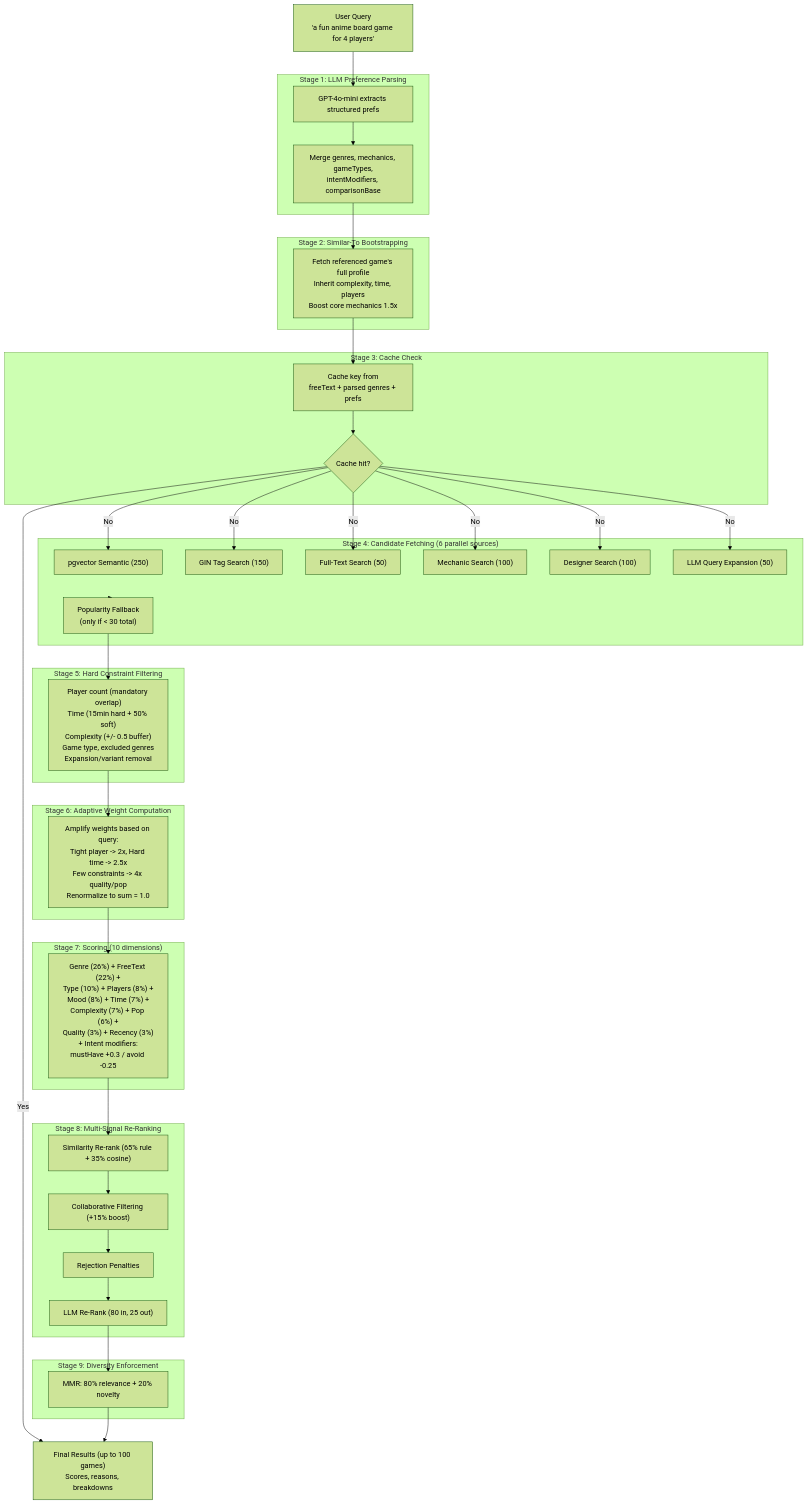
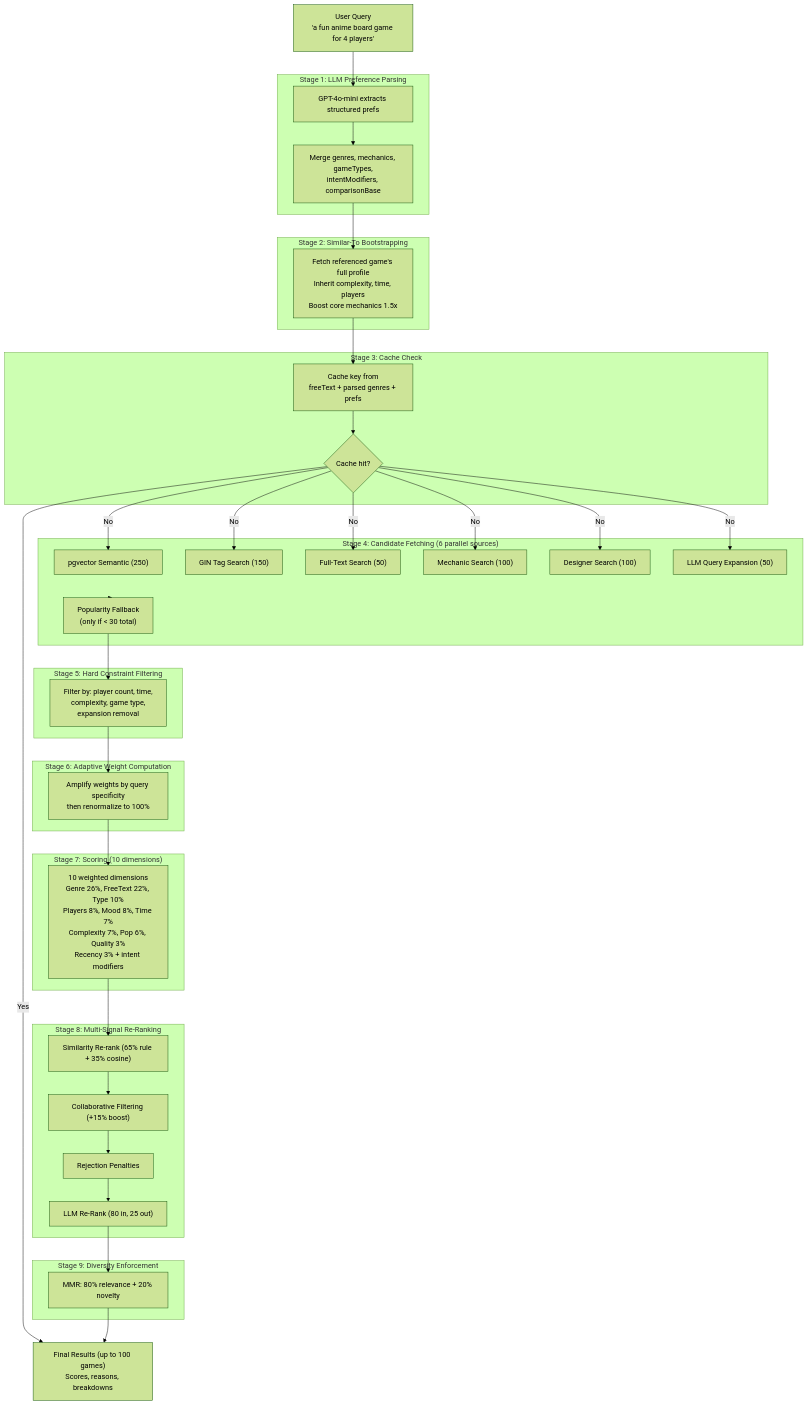
The second of 7 diagrams in docs/ARCHITECTURE.md (stopitdan/recommendagame), drawn with Mermaid (forest theme) before and after one commit. The commit also changed other lines of this file and 2 other files, not shown here.

First line of the commit message:
Fix mermaid diagrams: simplify nodes that caused 'Unsupported markdown: list'

````diff
--- a/docs/ARCHITECTURE.md
+++ b/docs/ARCHITECTURE.md
@@ -82,59 +82,59 @@
 ```mermaid
 flowchart TD
     INPUT["User Query<br/>'a fun anime board game for 4 players'"]
 
     subgraph S1["Stage 1: LLM Preference Parsing"]
         LLM["GPT-4o-mini extracts structured prefs"]
         MERGE["Merge genres, mechanics, gameTypes,<br/>intentModifiers, comparisonBase"]
     end
 
     subgraph S2["Stage 2: Similar-To Bootstrapping"]
         BOOT["Fetch referenced game's full profile<br/>Inherit complexity, time, players<br/>Boost core mechanics 1.5x"]
     end
 
     subgraph S3["Stage 3: Cache Check"]
         KEY["Cache key from<br/>freeText + parsed genres + prefs"]
         HIT{Cache hit?}
     end
 
     subgraph S4["Stage 4: Candidate Fetching (6 parallel sources)"]
         VEC["pgvector Semantic (250)"]
         TAG["GIN Tag Search (150)"]
         TXT["Full-Text Search (50)"]
         MECH["Mechanic Search (100)"]
         DES["Designer Search (100)"]
         EXP["LLM Query Expansion (50)"]
         FALLBACK["Popularity Fallback<br/>(only if < 30 total)"]
     end
 
     subgraph S5["Stage 5: Hard Constraint Filtering"]
-        FILT["Player count (mandatory overlap)<br/>Time (15min hard + 50% soft)<br/>Complexity (+/- 0.5 buffer)<br/>Game type, excluded genres<br/>Expansion/variant removal"]
+        FILT["Filter by: player count, time,<br/>complexity, game type,<br/>expansion removal"]
     end
 
     subgraph S6["Stage 6: Adaptive Weight Computation"]
-        AW["Amplify weights based on query:<br/>Tight player -> 2x, Hard time -> 2.5x<br/>Few constraints -> 4x quality/pop<br/>Renormalize to sum = 1.0"]
+        AW["Amplify weights by query specificity<br/>then renormalize to 100%"]
     end
 
     subgraph S7["Stage 7: Scoring (10 dimensions)"]
-        S_ALL["Genre (26%) + FreeText (22%) +<br/>Type (10%) + Players (8%) +<br/>Mood (8%) + Time (7%) +<br/>Complexity (7%) + Pop (6%) +<br/>Quality (3%) + Recency (3%)<br/>+ Intent modifiers:<br/>mustHave +0.3 / avoid -0.25"]
+        S_ALL["10 weighted dimensions<br/>Genre 26%, FreeText 22%, Type 10%<br/>Players 8%, Mood 8%, Time 7%<br/>Complexity 7%, Pop 6%, Quality 3%<br/>Recency 3% + intent modifiers"]
     end
 
     subgraph S8["Stage 8: Multi-Signal Re-Ranking"]
         SIM["Similarity Re-rank (65% rule + 35% cosine)"]
         CF["Collaborative Filtering (+15% boost)"]
         REJ["Rejection Penalties"]
         RERANK["LLM Re-Rank (80 in, 25 out)"]
     end
 
     subgraph S9["Stage 9: Diversity Enforcement"]
         DIV["MMR: 80% relevance + 20% novelty"]
     end
 
     OUTPUT["Final Results (up to 100 games)<br/>Scores, reasons, breakdowns"]
 
     INPUT --> LLM --> MERGE --> BOOT --> KEY --> HIT
     HIT -->|Yes| OUTPUT
     HIT -->|No| VEC & TAG & TXT & MECH & DES & EXP
     S4 --> FALLBACK --> FILT --> AW --> S_ALL
     S_ALL --> SIM --> CF --> REJ --> RERANK --> DIV --> OUTPUT
 ```
````
